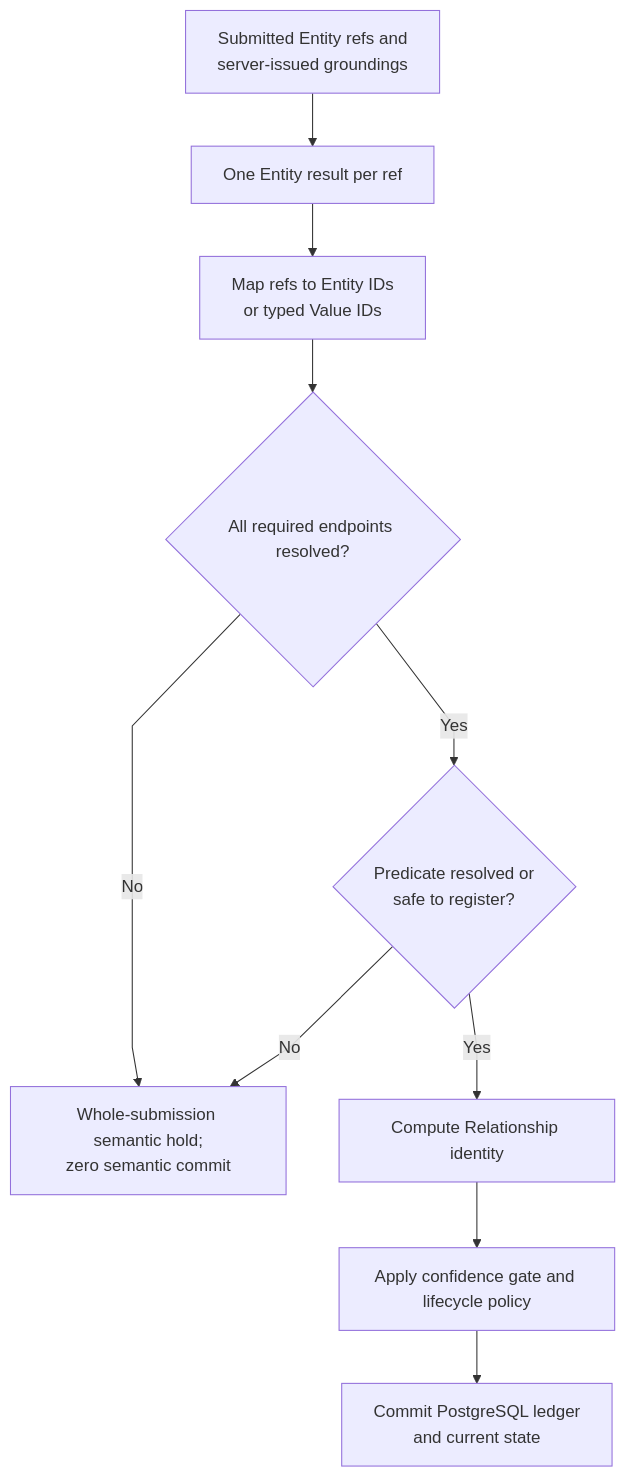
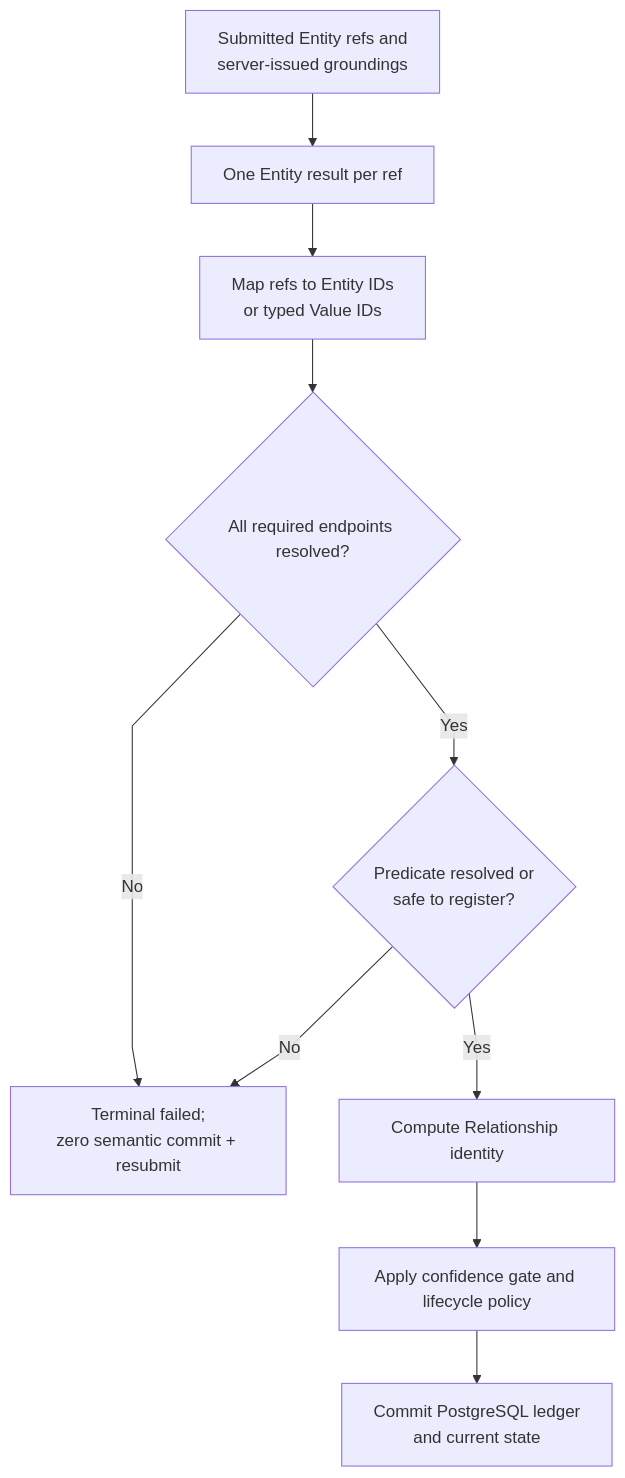
Before and after one commit to markhuangai/dense-mem: the sixth of 7 diagrams in Entity-Identity-And-Resolution.md, drawn with Mermaid. The commit also changed other lines of this file and 20 other files, not shown here.

````diff
--- a/Entity-Identity-And-Resolution.md
+++ b/Entity-Identity-And-Resolution.md
@@ -295,13 +296,13 @@
 ```mermaid
 %%{init: {"flowchart": {"curve": "linear"}}}%%
 flowchart TD
   Refs["Submitted Entity refs and<br/>server-issued groundings"] --> Results["One Entity result per ref"]
   Results --> Map["Map refs to Entity IDs<br/>or typed Value IDs"]
   Map --> Ready{"All required endpoints resolved?"}
-  Ready -- No --> Hold["Whole-submission semantic hold;<br/>zero semantic commit"]
+  Ready -- No --> Hold["Terminal failed;<br/>zero semantic commit + resubmit"]
   Ready -- Yes --> Predicate{"Predicate resolved or<br/>safe to register?"}
   Predicate -- No --> Hold
   Predicate -- Yes --> Identity["Compute Relationship identity"]
   Identity --> Policy["Apply confidence gate and lifecycle policy"]
   Policy --> Commit["Commit PostgreSQL ledger<br/>and current state"]
 ```
````
